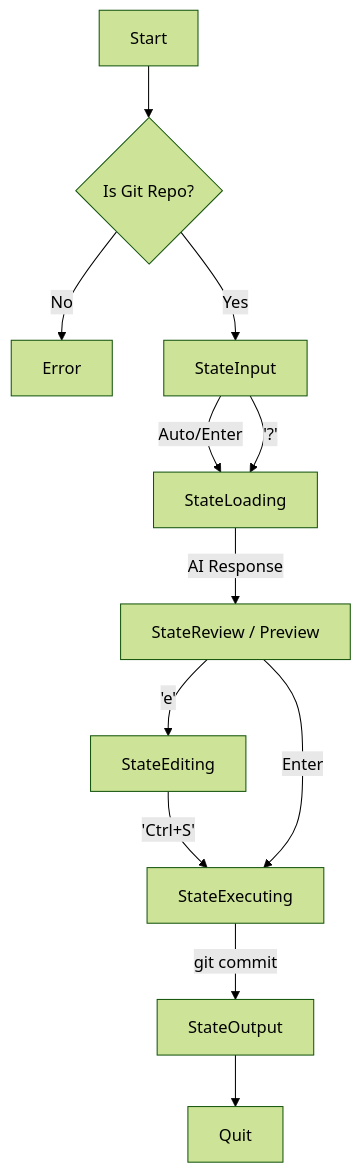
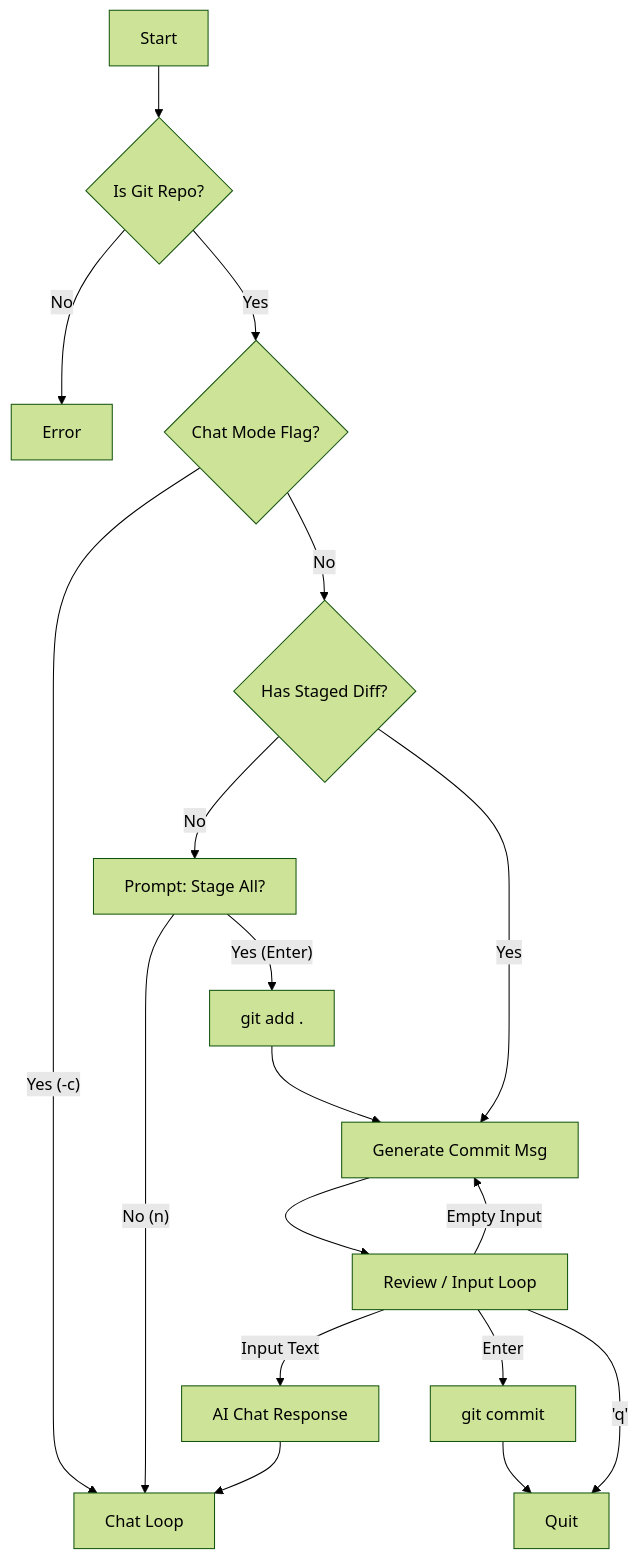
Before and after one commit to ReturnMars/go-aic: the diagram in AGENTS.md, drawn with Mermaid (forest theme). The commit also changed other lines of this file and 9 other files, not shown here.

````diff
--- a/AGENTS.md
+++ b/AGENTS.md
@@ -50,19 +69,23 @@
 ```mermaid
 graph TD
     Start[Start] --> CheckGit{Is Git Repo?}
     CheckGit -- No --> Error
-    CheckGit -- Yes --> Input[StateInput]
+    CheckGit -- Yes --> ModeCheck{Chat Mode Flag?}
     
-    Input -- Auto/Enter --> Loading[StateLoading]
-    Input -- '?' --> Loading
+    ModeCheck -- Yes (-c) --> ChatLoop[Chat Loop]
+    ModeCheck -- No --> DiffCheck{Has Staged Diff?}
     
-    Loading -- AI Response --> Review[StateReview / Preview]
+    DiffCheck -- No --> PromptStage[Prompt: Stage All?]
+    PromptStage -- Yes (Enter) --> GitAdd[git add .] --> GenCommit
+    PromptStage -- No (n) --> ChatLoop
     
-    Review -- 'e' --> Editing[StateEditing]
-    Editing -- 'Ctrl+S' --> Executing
+    DiffCheck -- Yes --> GenCommit[Generate Commit Msg]
     
-    Review -- Enter --> Executing[StateExecuting]
+    GenCommit --> Review[Review / Input Loop]
     
-    Executing -- git commit --> Output[StateOutput]
-    Output --> Quit
+    Review -- Empty Input --> GenCommit
+    Review -- Input Text --> ChatResponse[AI Chat Response] --> ChatLoop
+    
+    Review -- Enter --> Executing[git commit] --> Quit
+    Review -- 'q' --> Quit
 ```
````
